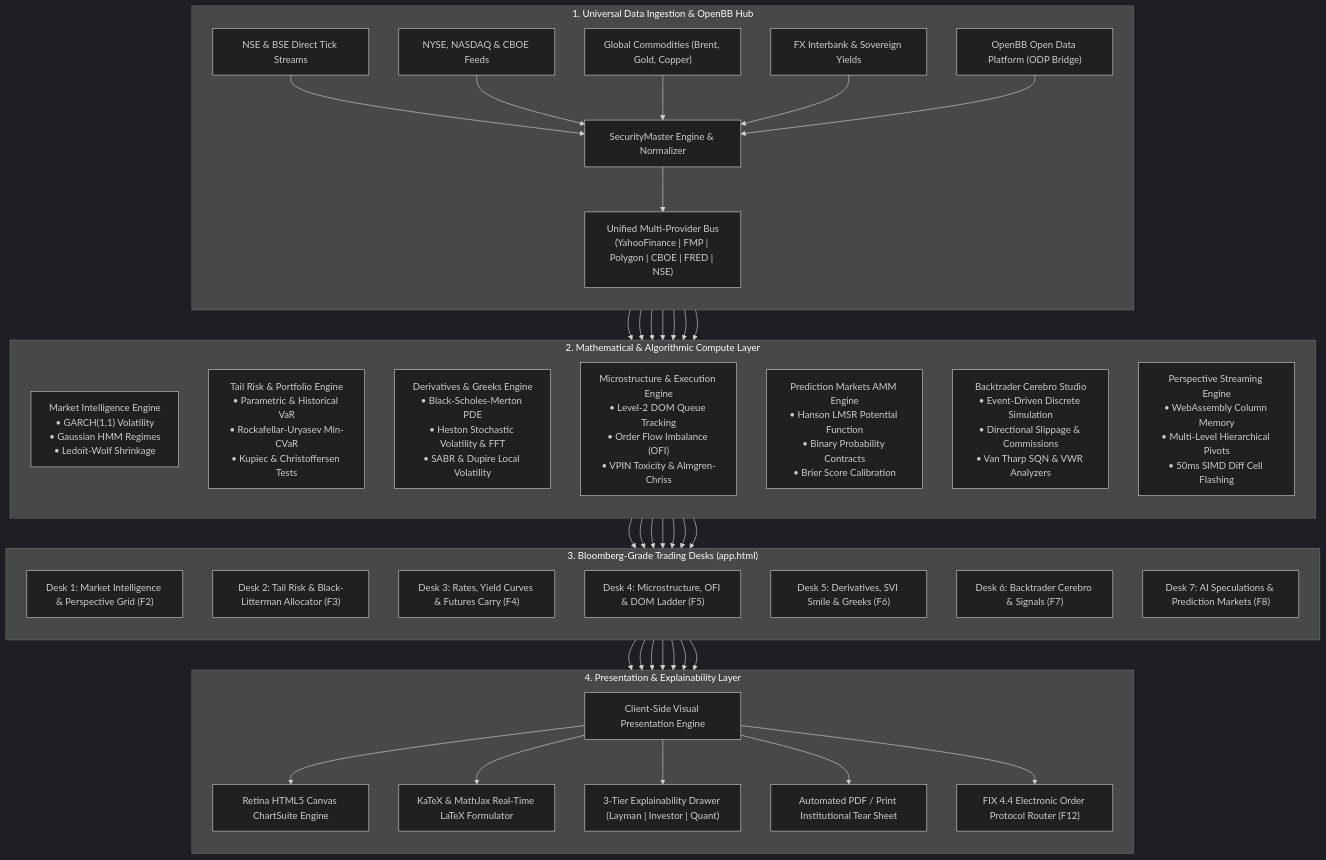
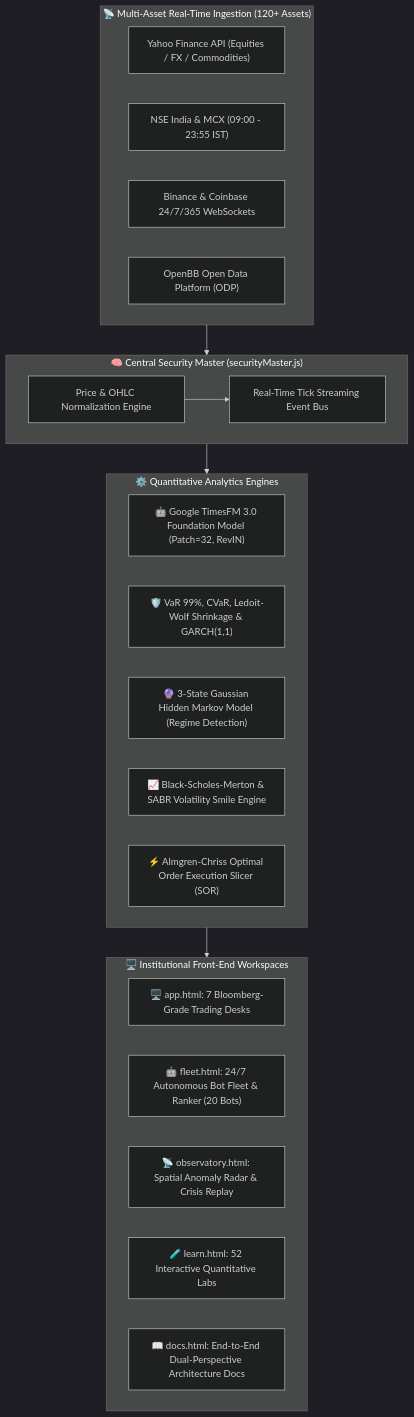
The first of 3 diagrams in README.md (Premchandyadav369/RISKOS), drawn with Mermaid (dark theme) before and after one commit. The commit also changed other lines of this file and 6 other files, not shown here.

Commit message:
docs: add dedicated dual-perspective architecture page (docs.html) and overhaul README.md with comprehensive workflows

````diff
--- a/README.md
+++ b/README.md
@@ -60,66 +54,37 @@
 ```mermaid
-flowchart TB
-    subgraph INGESTION["1. Universal Data Ingestion & OpenBB Hub"]
-        direction TB
-        NSE["NSE & BSE Direct Tick Streams"] --> SM["SecurityMaster Engine & Normalizer"]
-        US["NYSE, NASDAQ & CBOE Feeds"] --> SM
-        COMM["Global Commodities (Brent, Gold, Copper)"] --> SM
-        FX["FX Interbank & Sovereign Yields"] --> SM
-        OBB["OpenBB Open Data Platform (ODP Bridge)"] --> SM
-        SM --> PB["Unified Multi-Provider Bus
-(YahooFinance | FMP | Polygon | CBOE | FRED | NSE)"]
+flowchart TD
+    subgraph DataIngestion["📡 Multi-Asset Real-Time Ingestion (120+ Assets)"]
+        YF["Yahoo Finance API (Equities / FX / Commodities)"]
+        NSE["NSE India & MCX (09:00 - 23:55 IST)"]
+        Crypto["Binance & Coinbase 24/7/365 WebSockets"]
+        OpenBB["OpenBB Open Data Platform (ODP)"]
     end
 
-    subgraph COMPUTATION["2. Mathematical & Algorithmic Compute Layer"]
-        direction TB
-        PB --> MKT["Market Intelligence Engine
-• GARCH(1,1) Volatility
-• Gaussian HMM Regimes
-• Ledoit-Wolf Shrinkage"]
-        PB --> RISK["Tail Risk & Portfolio Engine
-• Parametric & Historical VaR
-• Rockafellar-Uryasev Min-CVaR
-• Kupiec & Christoffersen Tests"]
-        PB --> DERIV["Derivatives & Greeks Engine
-• Black-Scholes-Merton PDE
-• Heston Stochastic Volatility & FFT
-• SABR & Dupire Local Volatility"]
-        PB --> MICRO["Microstructure & Execution Engine
-• Level-2 DOM Queue Tracking
-• Order Flow Imbalance (OFI)
-• VPIN Toxicity & Almgren-Chriss"]
-        PB --> PREDICT["Prediction Markets AMM Engine
-• Hanson LMSR Potential Function
-• Binary Probability Contracts
-• Brier Score Calibration"]
-        PB --> BACKTEST["Backtrader Cerebro Studio
-• Event-Driven Discrete Simulation
-• Directional Slippage & Commissions
-• Van Tharp SQN & VWR Analyzers"]
-        PB --> PERSPECTIVE["Perspective Streaming Engine
-• WebAssembly Column Memory
-• Multi-Level Hierarchical Pivots
-• 50ms SIMD Diff Cell Flashing"]
+    subgraph SecurityMaster["🧠 Central Security Master (securityMaster.js)"]
+        Norm["Price & OHLC Normalization Engine"]
+        TickBus["Real-Time Tick Streaming Event Bus"]
+        Norm --> TickBus
     end
 
-    subgraph DESKS["3. Bloomberg-Grade Trading Desks (app.html)"]
-        direction TB
-        MKT --> D1["Desk 1: Market Intelligence & Perspective Grid (F2)"]
-        RISK --> D2["Desk 2: Tail Risk & Black-Litterman Allocator (F3)"]
-        DERIV --> D3["Desk 3: Rates, Yield Curves & Futures Carry (F4)"]
-        MICRO --> D4["Desk 4: Microstructure, OFI & DOM Ladder (F5)"]
-        DERIV --> D5["Desk 5: Derivatives, SVI Smile & Greeks (F6)"]
-        BACKTEST --> D6["Desk 6: Backtrader Cerebro & Signals (F7)"]
-        PREDICT --> D7["Desk 7: AI Speculations & Prediction Markets (F8)"]
+    DataIngestion --> SecurityMaster
+
+    subgraph CoreEngines["⚙️ Quantitative Analytics Engines"]
+        TimesFM["🤖 Google TimesFM 3.0 Foundation Model (Patch=32, RevIN)"]
+        RiskEngine["🛡️ VaR 99%, CVaR, Ledoit-Wolf Shrinkage & GARCH(1,1)"]
+        HMM["🔮 3-State Gaussian Hidden Markov Model (Regime Detection)"]
+        Derivatives["📈 Black-Scholes-Merton & SABR Volatility Smile Engine"]
+        Execution["⚡ Almgren-Chriss Optimal Order Execution Slicer (SOR)"]
     end
 
-    subgraph PRESENTATION["4. Presentation & Explainability Layer"]
-        direction TB
-        D1 & D2 & D3 & D4 & D5 & D6 & D7 --> UI["Client-Side Visual Presentation Engine"]
-        UI --> CANV["Retina HTML5 Canvas ChartSuite Engine"]
-        UI --> MATH["KaTeX & MathJax Real-Time LaTeX Formulator"]
-        UI --> EXP["3-Tier Explainability Drawer (Layman | Investor | Quant)"]
-        UI --> TEAR["Automated PDF / Print Institutional Tear Sheet"]
-        UI --> FIX["FIX 4.4 Electronic Order Protocol Router (F12)"]
+    SecurityMaster --> CoreEngines
+
+    subgraph FrontendPlatform["🖥️ Institutional Front-End Workspaces"]
+        App["🖥️ app.html: 7 Bloomberg-Grade Trading Desks"]
+        Fleet["🤖 fleet.html: 24/7 Autonomous Bot Fleet & Ranker (20 Bots)"]
+        Obs["📡 observatory.html: Spatial Anomaly Radar & Crisis Replay"]
+        Learn["🧪 learn.html: 52 Interactive Quantitative Labs"]
+        Docs["📖 docs.html: End-to-End Dual-Perspective Architecture Docs"]
     end
+
+    CoreEngines --> FrontendPlatform
 ```
````
